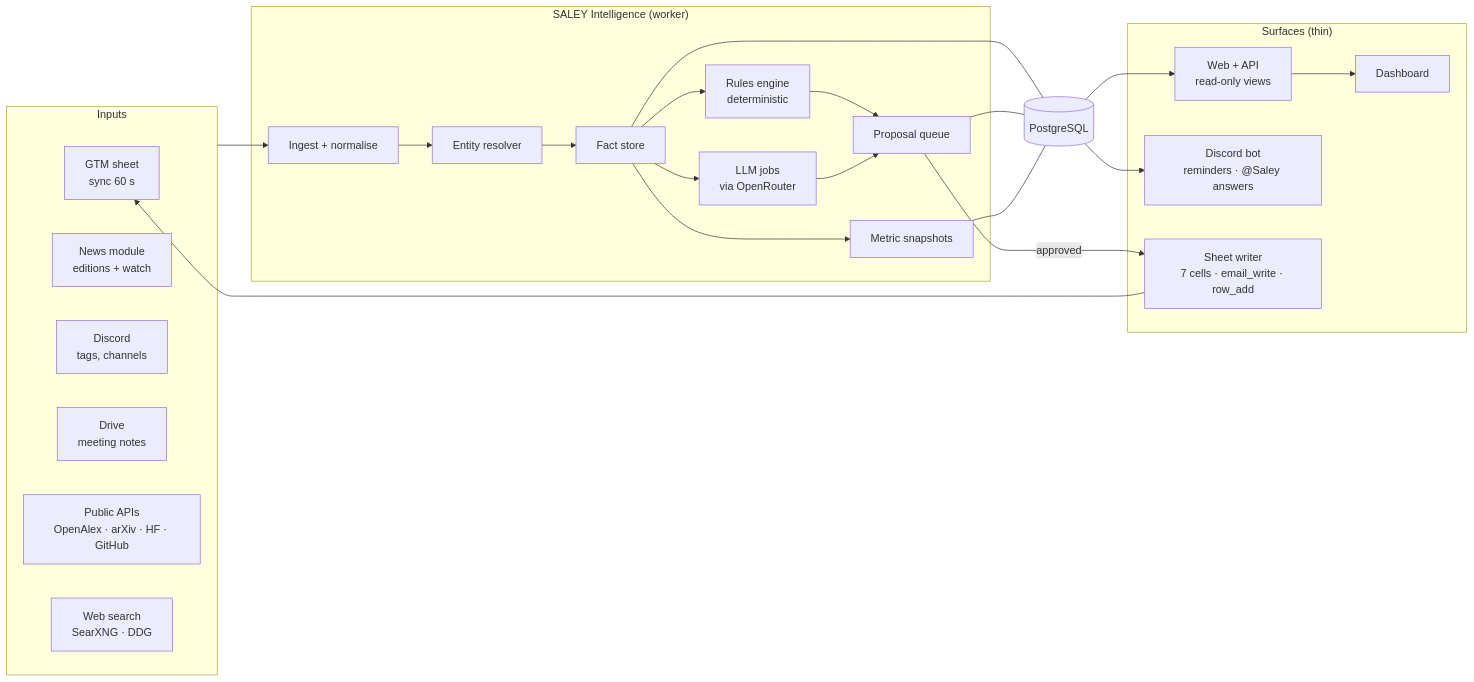
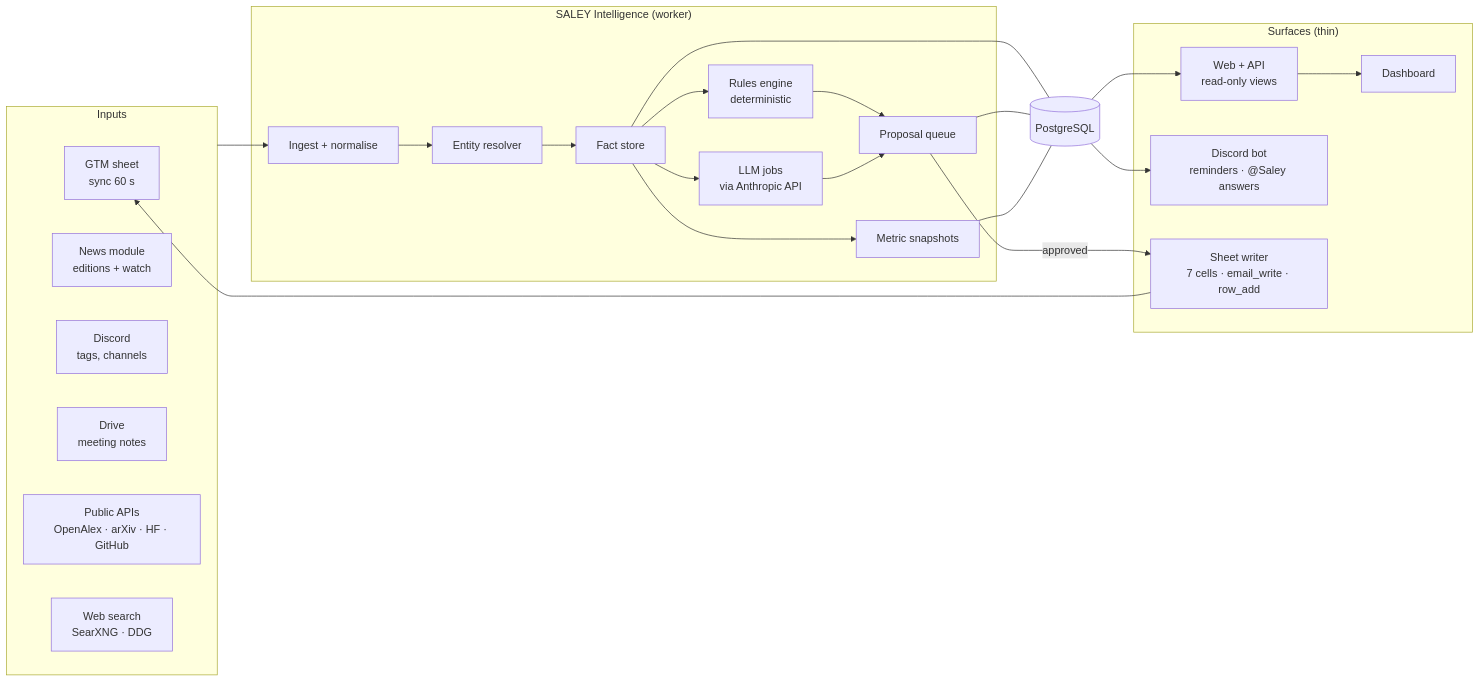
The first of 7 diagrams in docs/03-intelligence-sd.md (Trishi7/Saley), drawn with Mermaid before and after one commit. The commit also changed other lines of this file and 121 other files, not shown here.

````diff
--- a/docs/03-intelligence-sd.md
+++ b/docs/03-intelligence-sd.md
@@ -9,35 +9,35 @@
 ```mermaid
 flowchart LR
   subgraph IN["Inputs"]
     SH["GTM sheet<br/>sync 60 s"]
     NW["News module<br/>editions + watch"]
     DC["Discord<br/>tags, channels"]
     DR["Drive<br/>meeting notes"]
     PA["Public APIs<br/>OpenAlex · arXiv · HF · GitHub"]
     WB["Web search<br/>SearXNG · DDG"]
   end
   subgraph CORE["SALEY Intelligence (worker)"]
     ING["Ingest + normalise"]
     ENT["Entity resolver"]
     FACT["Fact store"]
     RULE["Rules engine<br/>deterministic"]
-    LLM["LLM jobs<br/>via OpenRouter"]
+    LLM["LLM jobs<br/>via Anthropic API"]
     PROP["Proposal queue"]
     MET["Metric snapshots"]
   end
   subgraph OUT["Surfaces (thin)"]
     API["Web + API<br/>read-only views"]
     DASH["Dashboard"]
     BOT["Discord bot<br/>reminders · @Saley answers"]
     WR["Sheet writer<br/>7 cells · email_write · row_add"]
   end
   PG[("PostgreSQL")]
   IN --> ING --> ENT --> FACT
   FACT --> RULE --> PROP
   FACT --> LLM --> PROP
   FACT --> MET
   FACT & PROP & MET --- PG
   PG --> API --> DASH
   PG --> BOT
   PROP -->|approved| WR --> SH
 ```
````
